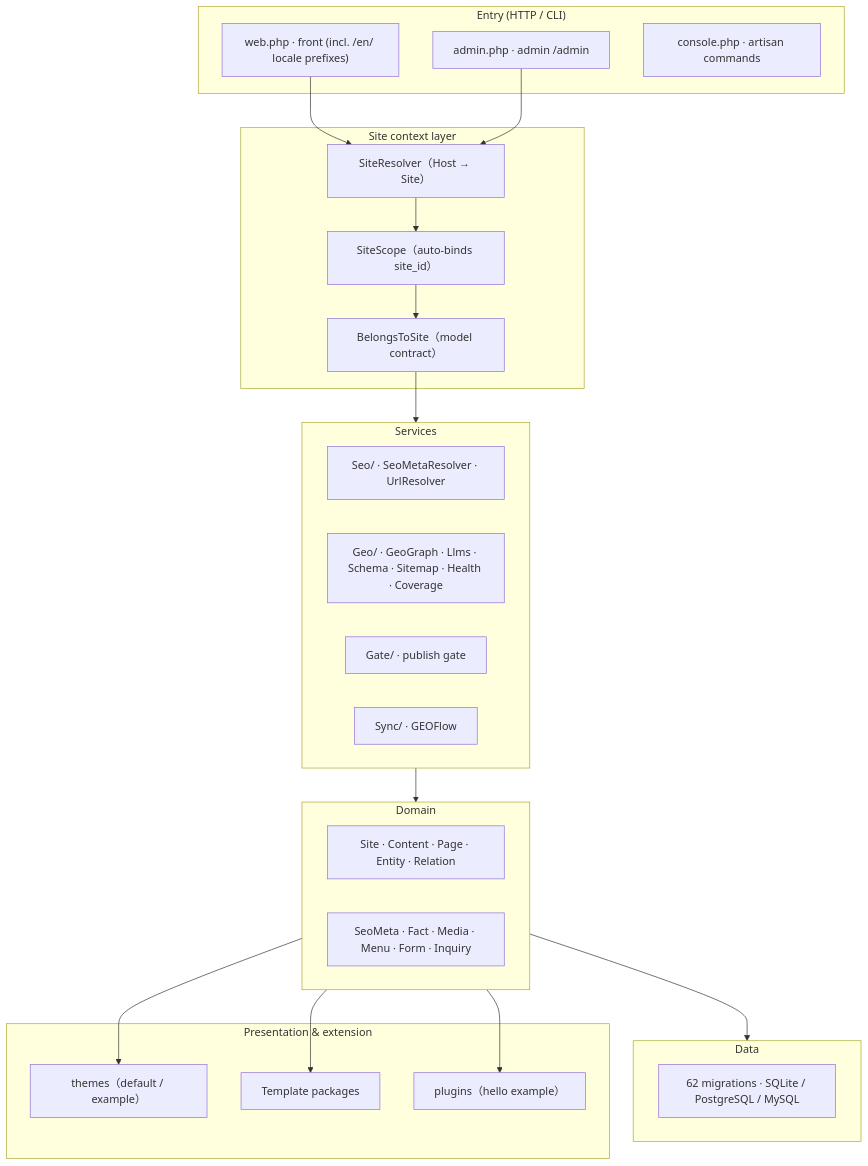
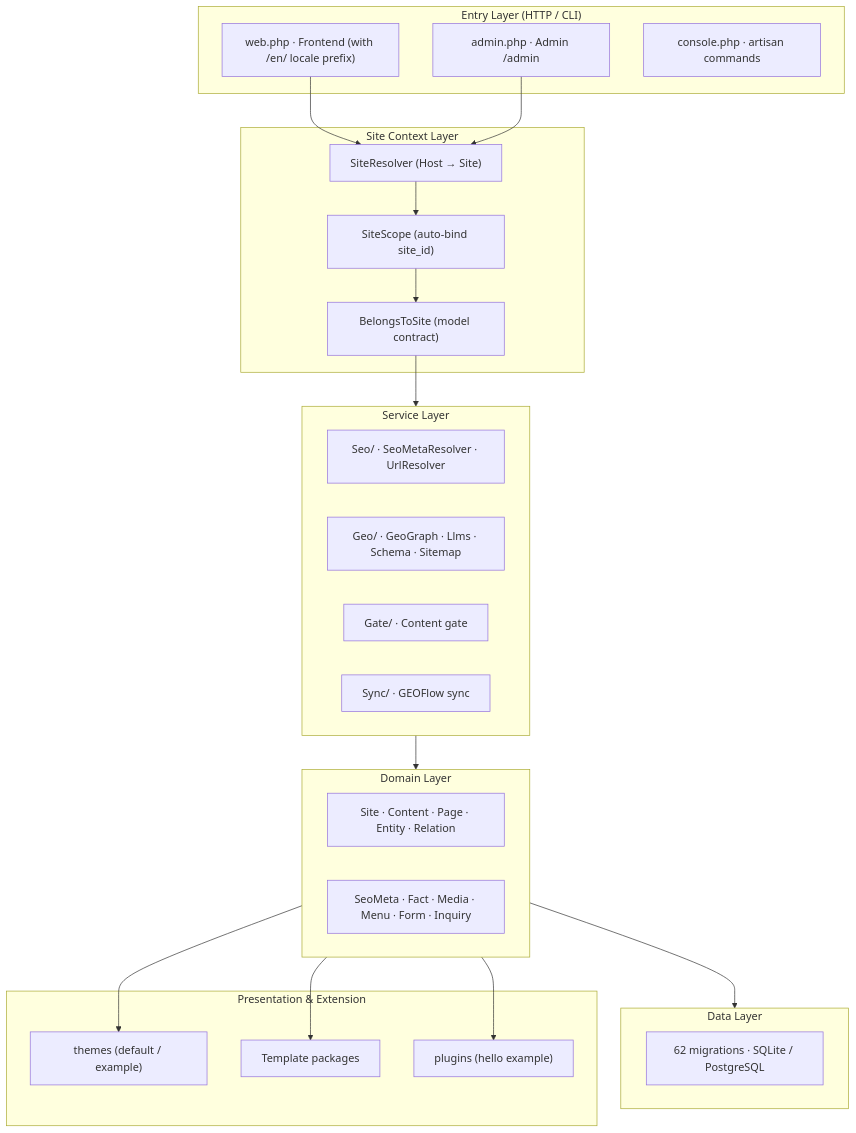
Before and after one commit to jackyduhai/geo-website-os: the diagram in README_EN.md, drawn with Mermaid. The commit also changed other lines of this file and 1 other file, not shown here.

Commit message:
docs: 重写 README，定位提升为 GEO 时代的开源企业官网系统

````diff
--- a/README_EN.md
+++ b/README_EN.md
@@ -98,33 +137,33 @@
 ```mermaid
 flowchart TB
-    subgraph 入口层["Entry (HTTP / CLI)"]
-        R1["web.php · front (incl. /en/ locale prefixes)"]
-        R2["admin.php · admin /admin"]
+    subgraph Entry["Entry Layer (HTTP / CLI)"]
+        R1["web.php · Frontend (with /en/ locale prefix)"]
+        R2["admin.php · Admin /admin"]
         R3["console.php · artisan commands"]
     end
-    subgraph 站点上下文["Site context layer"]
-        SR["SiteResolver（Host → Site）"] --> SC["SiteScope（auto-binds site_id）"]
-        SC --> BT["BelongsToSite（model contract）"]
+    subgraph SiteContext["Site Context Layer"]
+        SR["SiteResolver (Host → Site)"] --> SC["SiteScope (auto-bind site_id)"]
+        SC --> BT["BelongsToSite (model contract)"]
     end
-    subgraph 服务层["Services"]
+    subgraph Services["Service Layer"]
         S1["Seo/ · SeoMetaResolver · UrlResolver"]
-        S2["Geo/ · GeoGraph · Llms · Schema · Sitemap · Health · Coverage"]
-        S3["Gate/ · publish gate"]
-        S4["Sync/ · GEOFlow"]
+        S2["Geo/ · GeoGraph · Llms · Schema · Sitemap"]
+        S3["Gate/ · Content gate"]
+        S4["Sync/ · GEOFlow sync"]
     end
-    subgraph 领域层["Domain"]
+    subgraph Domain["Domain Layer"]
         M1["Site · Content · Page · Entity · Relation"]
         M2["SeoMeta · Fact · Media · Menu · Form · Inquiry"]
     end
-    subgraph 数据层["Data"]
-        D1["62 migrations · SQLite / PostgreSQL / MySQL"]
+    subgraph Data["Data Layer"]
+        D1["62 migrations · SQLite / PostgreSQL"]
     end
-    subgraph 扩展["Presentation & extension"]
-        T1["themes（default / example）"]
+    subgraph Extend["Presentation & Extension"]
+        T1["themes (default / example)"]
         T2["Template packages"]
-        T3["plugins（hello example）"]
+        T3["plugins (hello example)"]
     end
     R1 & R2 --> SR
-    BT --> 服务层 --> 领域层 --> 数据层
-    领域层 --> T1 & T2 & T3
+    BT --> Services --> Domain --> Data
+    Domain --> T1 & T2 & T3
 ```
````
